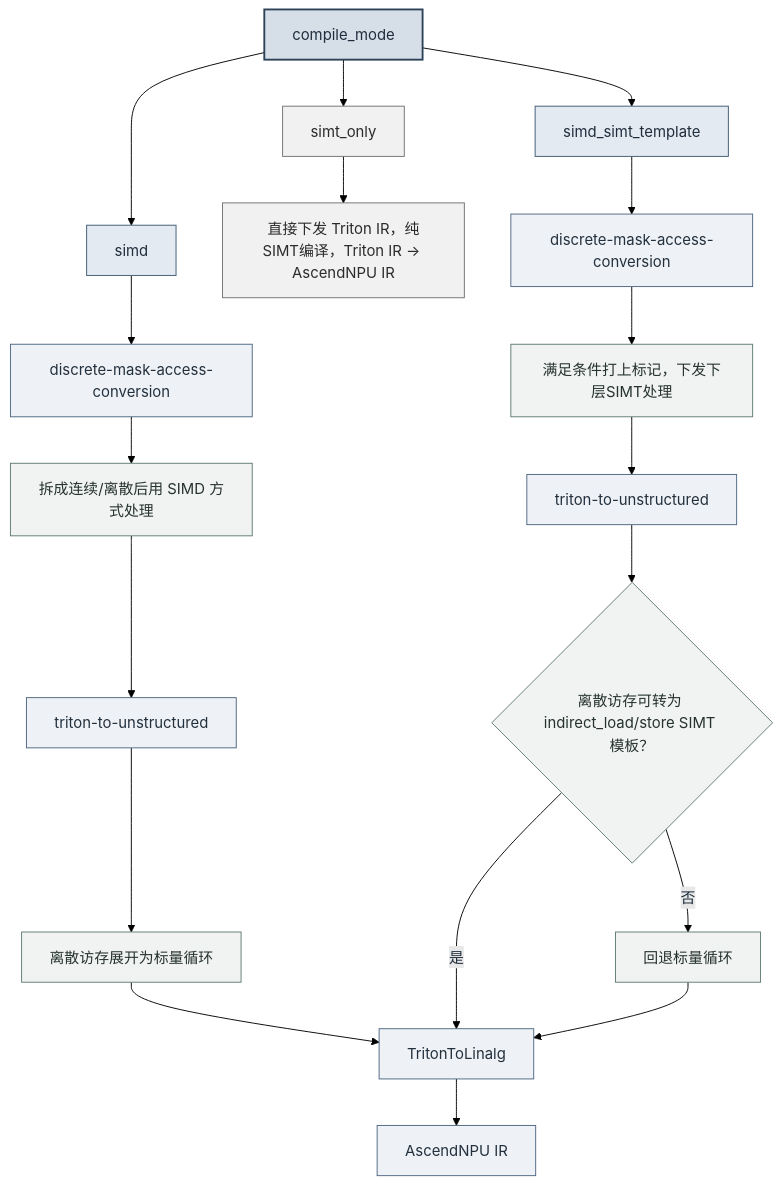
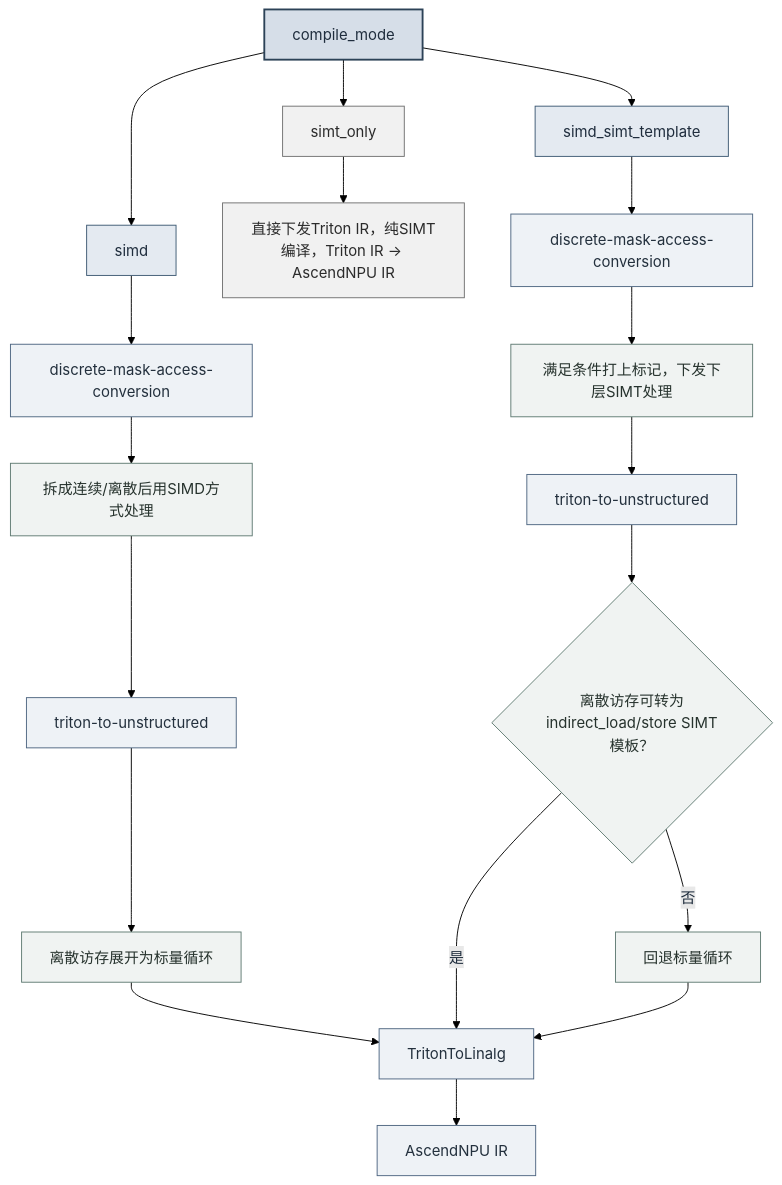
Before and after one commit to triton-lang/triton-ascend: the diagram in docs/zh/architecture_design_and_core_features.md, drawn with Mermaid (forest theme). The commit also changed other lines of this file and 21 other files, not shown here.

````diff
--- a/docs/zh/architecture_design_and_core_features.md
+++ b/docs/zh/architecture_design_and_core_features.md
@@ -255,40 +257,40 @@
 ```mermaid
 flowchart TD
     A[compile_mode] --> B["simd"]
     A --> C["simd_simt_template"]
     A --> D["simt_only"]
 
-    %% simt_only 分支
-    D --> D1[直接下发 Triton IR，纯SIMT编译，Triton IR → AscendNPU IR]
+    %% simt_only分支
+    D --> D1[直接下发Triton IR，纯SIMT编译，Triton IR → AscendNPU IR]
 
-    %% simd 完整链路
+    %% simd完整链路
     B --> B1[discrete-mask-access-conversion]
-    B1 --> B2[拆成连续/离散后用 SIMD 方式处理]
+    B1 --> B2[拆成连续/离散后用SIMD方式处理]
     B2 --> B3[triton-to-unstructured]
     B3 --> B4[离散访存展开为标量循环]
     B4 --> B5[TritonToLinalg]
     B5 --> B6[AscendNPU IR]
 
-    %% simd_simt_template 完整链路
+    %% simd_simt_template完整链路
     C --> C1[discrete-mask-access-conversion]
     C1 --> C2[满足条件打上标记，下发下层SIMT处理]
     C2 --> C3[triton-to-unstructured]
-    C3 --> C4{离散访存可转为 indirect_load/store SIMT 模板？}
+    C3 --> C4{离散访存可转为indirect_load/store SIMT模板？}
     C4 -- 是 --> B5
     C4 -- 否 --> C5[回退标量循环]
     C5 --> B5
 
     %% 样式定义（低饱和度钢蓝 / 青灰 / 中性灰，稳重严肃）
     classDef root fill:#d6dee8,stroke:#2c4257,stroke-width:2px,color:#1f2d3d
     classDef mode fill:#e4eaf1,stroke:#3c5872,color:#1f2d3d
     classDef pass fill:#eef2f6,stroke:#4d6580,color:#23303d
     classDef logic fill:#f0f3f2,stroke:#5f7a72,color:#26322d
     classDef simtOnly fill:#f1f1f1,stroke:#707070,color:#2b2b2b
 
     %% 绑定样式
     class A root
     class B,C mode
     class B1,C1,B3,C3,B5,B6 pass
     class B2,B4,C2,C4,C5 logic
     class D,D1 simtOnly
 ```
````
